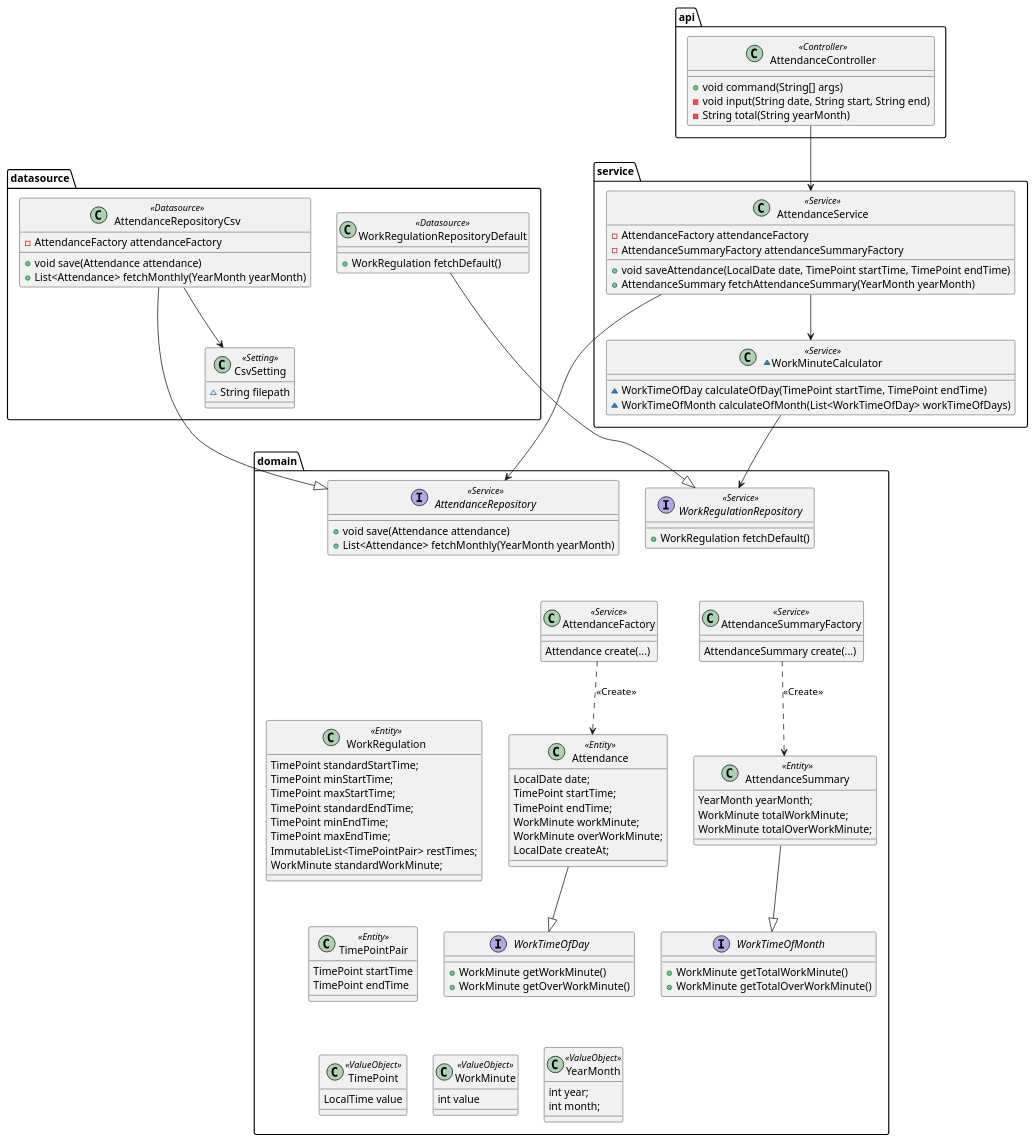
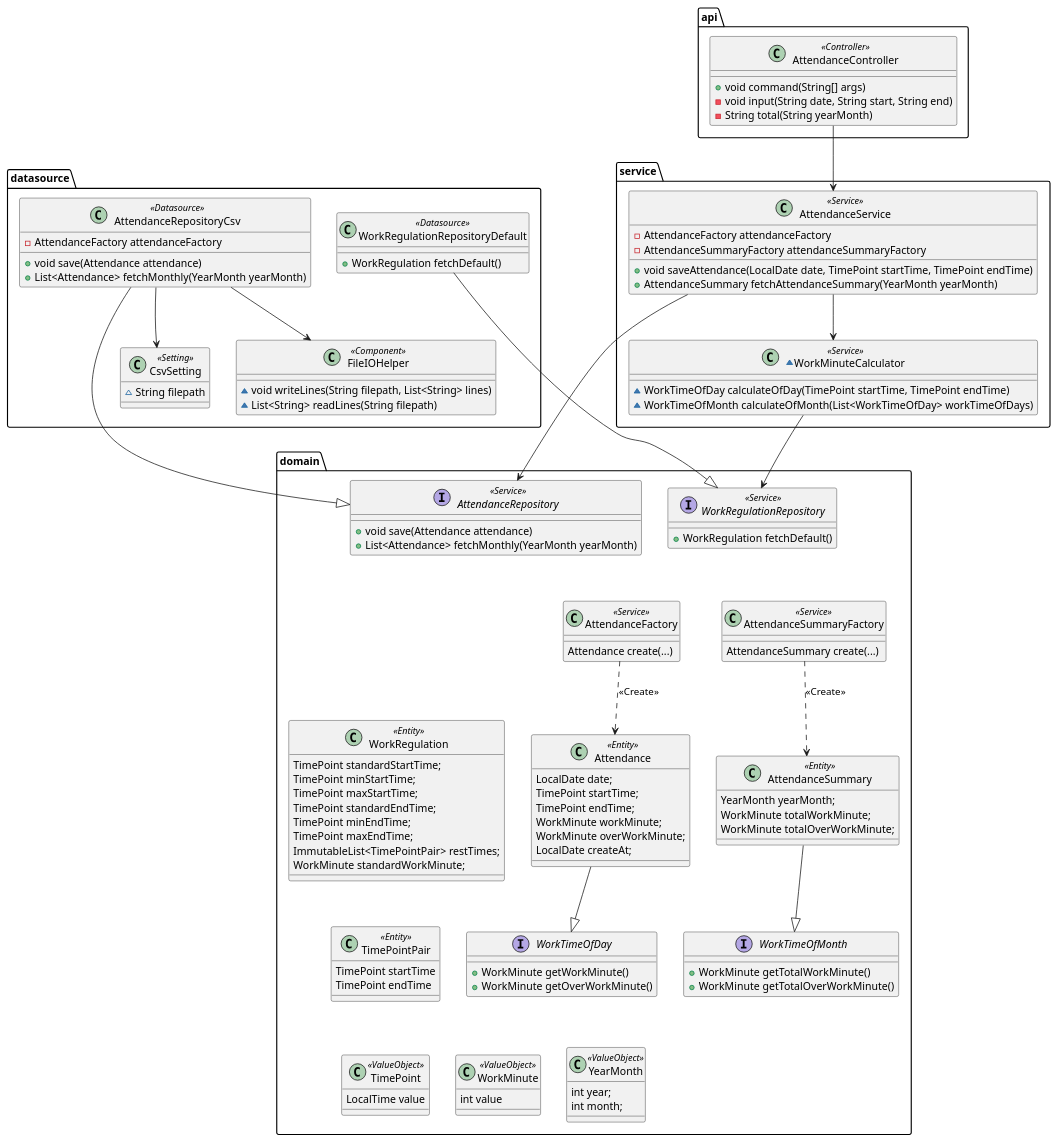
The diagram in etc/document/design/src/model.puml (biglobe-isp/kintai), drawn with PlantUML before and after one commit. The commit also changed 2 other files, not shown here.

Commit message:
Refactor AttendanceRepositoryCsv

```diff
--- a/etc/document/design/src/model.puml
+++ b/etc/document/design/src/model.puml
@@ -1,163 +1,169 @@
 @startuml
 
 package api {
 
     class  AttendanceController <<Controller>> {
         + void command(String[] args)
         - void input(String date, String start, String end)
         - String total(String yearMonth)
     }
 }
 
 package service {
 
     class  AttendanceService <<Service>> {
         - AttendanceFactory attendanceFactory
         - AttendanceSummaryFactory attendanceSummaryFactory
         + void saveAttendance(LocalDate date, TimePoint startTime, TimePoint endTime)
         + AttendanceSummary fetchAttendanceSummary(YearMonth yearMonth)
     }
 
     ~class WorkMinuteCalculator <<Service>> {
         ~ WorkTimeOfDay calculateOfDay(TimePoint startTime, TimePoint endTime)
         ~ WorkTimeOfMonth calculateOfMonth(List<WorkTimeOfDay> workTimeOfDays)
     }
 }
 
 package datasource {
 
     class  AttendanceRepositoryCsv <<Datasource>> {
         - AttendanceFactory attendanceFactory
         + void save(Attendance attendance)
         + List<Attendance> fetchMonthly(YearMonth yearMonth)
     }
 
     class CsvSetting <<Setting>> {
         ~ String filepath
+    }
+
+    class FileIOHelper <<Component>> {
+        ~ void writeLines(String filepath, List<String> lines)
+        ~ List<String> readLines(String filepath)
     }
 
     class WorkRegulationRepositoryDefault <<Datasource>> {
         + WorkRegulation fetchDefault()
     }
 }
 
 package domain {
 
     class Attendance <<Entity>> {
         LocalDate date;
         TimePoint startTime;
         TimePoint endTime;
         WorkMinute workMinute;
         WorkMinute overWorkMinute;
         LocalDate createAt;
     }
 
     interface AttendanceRepository <<Service>> {
         + void save(Attendance attendance)
         + List<Attendance> fetchMonthly(YearMonth yearMonth)
     }
 
     class AttendanceSummary <<Entity>> {
         YearMonth yearMonth;
         WorkMinute totalWorkMinute;
         WorkMinute totalOverWorkMinute;
     }
 
     class AttendanceFactory <<Service>> {
         Attendance create(...)
     }
 
     class AttendanceSummaryFactory <<Service>> {
         AttendanceSummary create(...)
     }
 
     class TimePoint <<ValueObject>> {
         LocalTime value
     }
 
     class TimePointPair <<Entity>> {
         TimePoint startTime
         TimePoint endTime
     }
 
     class WorkMinute <<ValueObject>> {
         int value
     }
 
     class WorkRegulation <<Entity>> {
         TimePoint standardStartTime;
         TimePoint minStartTime;
         TimePoint maxStartTime;
         TimePoint standardEndTime;
         TimePoint minEndTime;
         TimePoint maxEndTime;
         ImmutableList<TimePointPair> restTimes;
         WorkMinute standardWorkMinute;
     }
 
     interface WorkRegulationRepository <<Service>> {
         + WorkRegulation fetchDefault()
     }
 
     interface WorkTimeOfDay {
         + WorkMinute getWorkMinute()
         + WorkMinute getOverWorkMinute()
     }
 
     interface WorkTimeOfMonth {
         + WorkMinute getTotalWorkMinute()
         + WorkMinute getTotalOverWorkMinute()
     }
 
     class YearMonth <<ValueObject>> {
         int year;
         int month;
     }
 }
 
 
 ''' api
 AttendanceController --> AttendanceService
 
 
 ''' service
 AttendanceService --> AttendanceRepository
 ' AttendanceService --> AttendanceFactory
 ' AttendanceService --> AttendanceSummaryFactory
 AttendanceService --> WorkMinuteCalculator
 WorkMinuteCalculator --> WorkRegulationRepository
 AttendanceFactory ..> Attendance : <<Create>>
 AttendanceSummaryFactory ..> AttendanceSummary : <<Create>>
 AttendanceFactory -[hidden]- WorkMinuteCalculator
 
 
 ''' datasource
 AttendanceRepositoryCsv --|> AttendanceRepository
 ' AttendanceRepositoryCsv --> AttendanceFactory
 AttendanceRepositoryCsv --> CsvSetting
+AttendanceRepositoryCsv --> FileIOHelper
 WorkRegulationRepositoryDefault --|> WorkRegulationRepository
 
 
 ''' domain
 Attendance --|> WorkTimeOfDay
 AttendanceSummary --|> WorkTimeOfMonth
 
 
 ''' placement order
 WorkRegulationRepositoryDefault -[hidden] AttendanceRepositoryCsv
 AttendanceRepositoryCsv -[hidden]- CsvSetting
 CsvSetting -[hidden]- WorkRegulationRepository
 WorkMinuteCalculator -[hidden]- WorkRegulationRepository
 WorkRegulationRepository -[hidden] AttendanceRepository
 AttendanceRepository -[hidden]- AttendanceFactory
 AttendanceFactory -[hidden] AttendanceSummaryFactory
 
 WorkRegulation -[hidden] Attendance
 Attendance -[hidden] AttendanceSummary
 WorkTimeOfDay -[hidden] WorkTimeOfMonth
 WorkRegulation -[hidden]- TimePointPair
 TimePointPair -[hidden]- TimePoint
 TimePoint -[hidden] WorkMinute
 WorkMinute -[hidden] YearMonth
 
 @enduml
```
